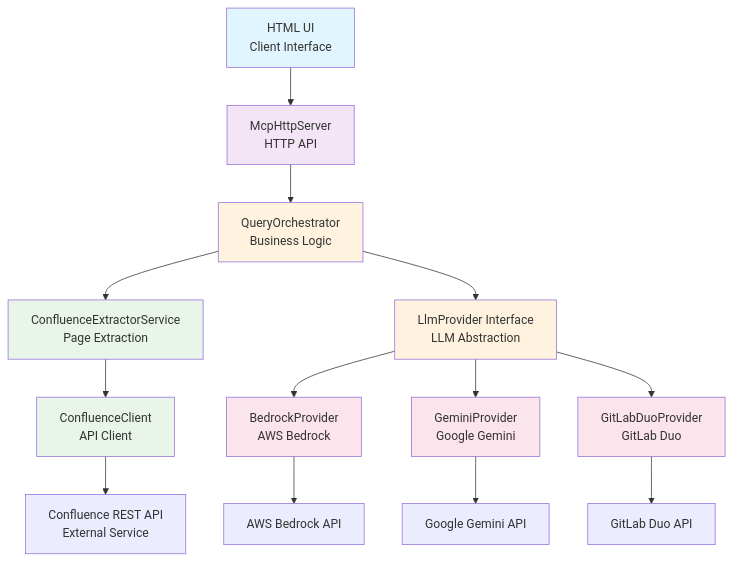
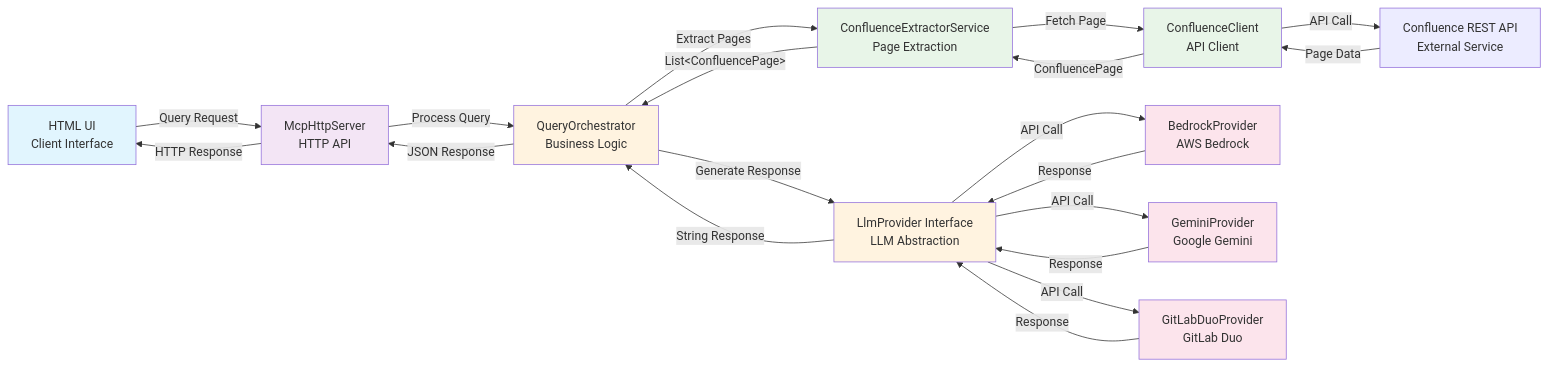
The first of 2 diagrams in README.md (cipheraxat/Confluence-MCP-application), drawn with Mermaid before and after one commit.

Commit message:
Architecture

````diff
--- a/README.md
+++ b/README.md
@@ -19,25 +19,31 @@
 ```mermaid
-graph TB
-    UI[HTML UI<br/>Client Interface] --> Server[McpHttpServer<br/>HTTP API]
-    Server --> Orchestrator[QueryOrchestrator<br/>Business Logic]
-    Orchestrator --> Extractor[ConfluenceExtractorService<br/>Page Extraction]
-    Extractor --> Client[ConfluenceClient<br/>API Client]
-    Client --> Confluence[Confluence REST API<br/>External Service]
-    Orchestrator --> Provider[LlmProvider Interface<br/>LLM Abstraction]
-    Provider --> Bedrock[BedrockProvider<br/>AWS Bedrock]
-    Provider --> Gemini[GeminiProvider<br/>Google Gemini]
-    Provider --> GitLab[GitLabDuoProvider<br/>GitLab Duo]
-    Bedrock --> AWS[AWS Bedrock API]
-    Gemini --> Google[Google Gemini API]
-    GitLab --> GL[GitLab Duo API]
+graph LR
+    UI[HTML UI<br/>Client Interface] -->|Query Request| Server[McpHttpServer<br/>HTTP API]
+    Server -->|Process Query| Orchestrator[QueryOrchestrator<br/>Business Logic]
+    Orchestrator -->|Extract Pages| Extractor[ConfluenceExtractorService<br/>Page Extraction]
+    Extractor -->|Fetch Page| Client[ConfluenceClient<br/>API Client]
+    Client -->|API Call| Confluence[Confluence REST API<br/>External Service]
+    Confluence -->|Page Data| Client
+    Client -->|ConfluencePage| Extractor
+    Extractor -->|List&lt;ConfluencePage&gt;| Orchestrator
+    Orchestrator -->|Generate Response| Provider[LlmProvider Interface<br/>LLM Abstraction]
+    Provider -->|API Call| Bedrock[BedrockProvider<br/>AWS Bedrock]
+    Provider -->|API Call| Gemini[GeminiProvider<br/>Google Gemini]
+    Provider -->|API Call| GitLab[GitLabDuoProvider<br/>GitLab Duo]
+    Bedrock -->|Response| Provider
+    Gemini -->|Response| Provider
+    GitLab -->|Response| Provider
+    Provider -->|String Response| Orchestrator
+    Orchestrator -->|JSON Response| Server
+    Server -->|HTTP Response| UI
     
     style UI fill:#e1f5fe
     style Server fill:#f3e5f5
     style Orchestrator fill:#fff3e0
     style Extractor fill:#e8f5e8
     style Client fill:#e8f5e8
     style Provider fill:#fff3e0
     style Bedrock fill:#fce4ec
     style Gemini fill:#fce4ec
     style GitLab fill:#fce4ec
 ```
````
